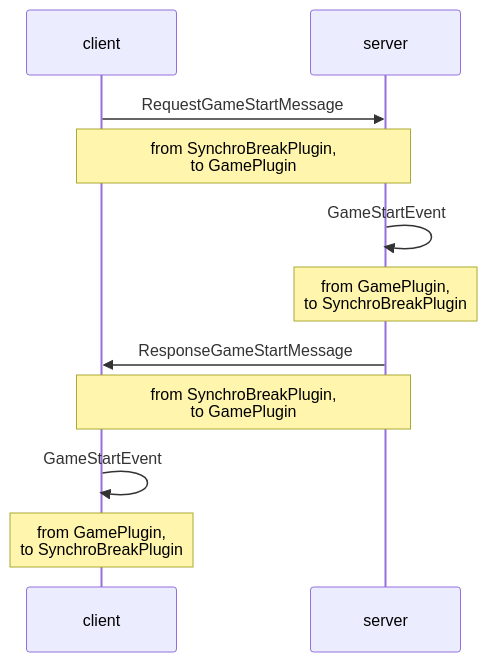
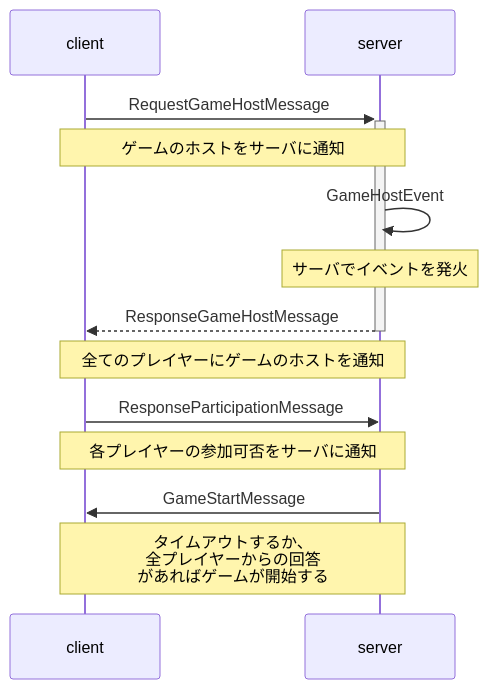
The first of 2 diagrams in churaverse-plugins-client/src/gamePlugin/gameStartSequence.md (churadata/churaverse-plugins), drawn with Mermaid before and after one commit. The commit also changed other lines of this file and 3 other files, not shown here.

Commit message:
クラス図とシーケンス図の更新

````diff
--- a/churaverse-plugins-client/src/gamePlugin/gameStartSequence.md
+++ b/churaverse-plugins-client/src/gamePlugin/gameStartSequence.md
@@ -8,15 +5,17 @@
 ```mermaid
 sequenceDiagram
-    client ->> server: RequestGameStartMessage
-    Note over client, server: from SynchroBreakPlugin, <br> to GamePlugin
+    client ->>+ server: RequestGameHostMessage
+    Note over client, server: ゲームのホストをサーバに通知
 
-    server ->> server: GameStartEvent
-    Note over server,server: from GamePlugin, <br> to SynchroBreakPlugin
+    server ->> server: GameHostEvent
+    Note over server,server: サーバでイベントを発火
 
-    server ->> client: ResponseGameStartMessage
-    Note over server,client: from SynchroBreakPlugin, <br>to GamePlugin
+    server -->>- client: ResponseGameHostMessage
+    Note over server,client: 全てのプレイヤーにゲームのホストを通知
 
+    client ->> server: ResponseParticipationMessage
+    Note over client, server: 各プレイヤーの参加可否をサーバに通知
 
-    client ->> client: GameStartEvent
-    Note over client, client: from GamePlugin, <br> to SynchroBreakPlugin
+    server ->> client: GameStartMessage
+    Note over client, server: タイムアウトするか、<br> 全プレイヤーからの回答<br>があればゲームが開始する
 ```
````
